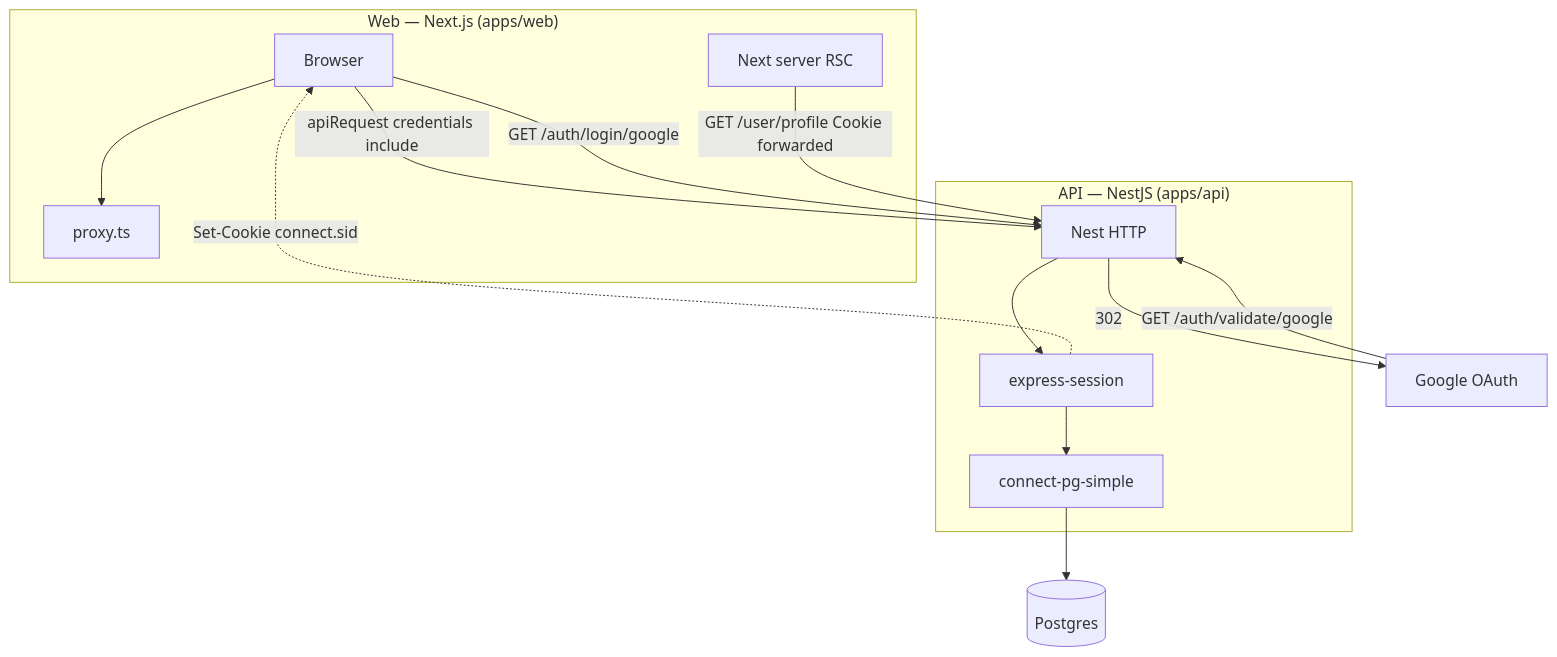
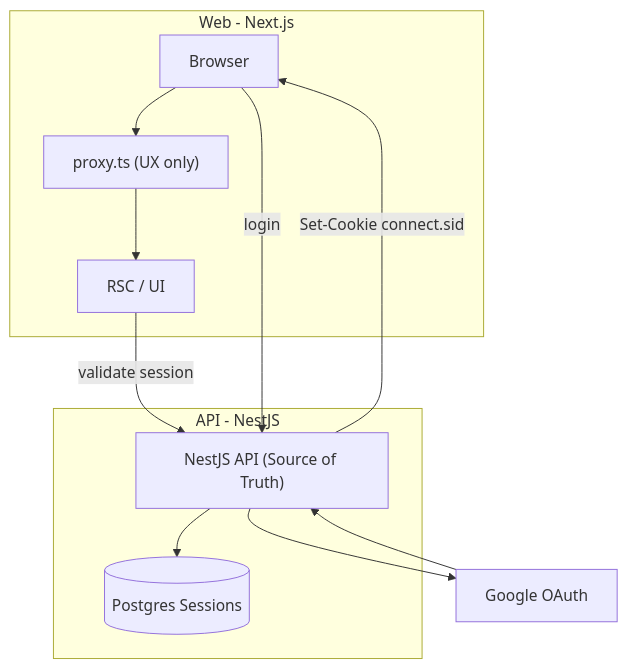
One commit to vzkiss/nest-next-oauth-sessions changed the diagram in README.md. Above: the diagram before and after it, drawn with Mermaid. The commit also changed other lines of this file and 3 other files, not shown here.

First line of the commit message:
docs: split “why / how / compare” and simplify README diagram

````diff
--- a/README.md
+++ b/README.md
@@ -49,28 +51,24 @@
 ```mermaid
 flowchart TB
-  subgraph WEB ["Web — Next.js (apps/web)"]
+  subgraph WEB [Web - Next.js]
     BR[Browser]
-    RSC[Next server RSC]
-    PX[proxy.ts]
+    PX["proxy.ts (UX only)"]
+    RSC["RSC / UI"]
   end
 
-  subgraph API ["API — NestJS (apps/api)"]
-    NEST[Nest HTTP]
-    SESS[express-session]
-    CPS[connect-pg-simple]
+  subgraph API_LAYER [API - NestJS]
+    API_NODE["NestJS API (Source of Truth)"]
+    DB[(Postgres Sessions)]
   end
 
-  GOOGLE[Google OAuth]
-  DB[(Postgres)]
+  GOOGLE["Google OAuth"]
 
-  BR --> PX
-  BR -->|"apiRequest credentials include"| NEST
-  BR -->|"GET /auth/login/google"| NEST
-  RSC -->|"GET /user/profile Cookie forwarded"| NEST
-  NEST -->|"302"| GOOGLE
-  GOOGLE -->|"GET /auth/validate/google"| NEST
-  NEST --> SESS
-  SESS --> CPS
-  CPS --> DB
-  SESS -.->|"Set-Cookie connect.sid"| BR
+  BR --> PX --> RSC
+  RSC -->|validate session| API_NODE
+  API_NODE --> DB
+
+  BR -->|login| API_NODE
+  API_NODE --> GOOGLE
+  GOOGLE --> API_NODE
+  API_NODE -->|Set-Cookie connect.sid| BR
 ```
````
